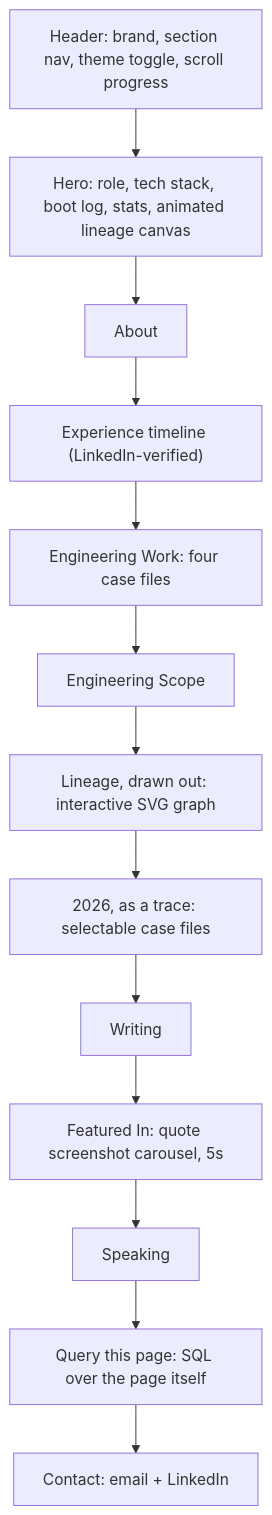
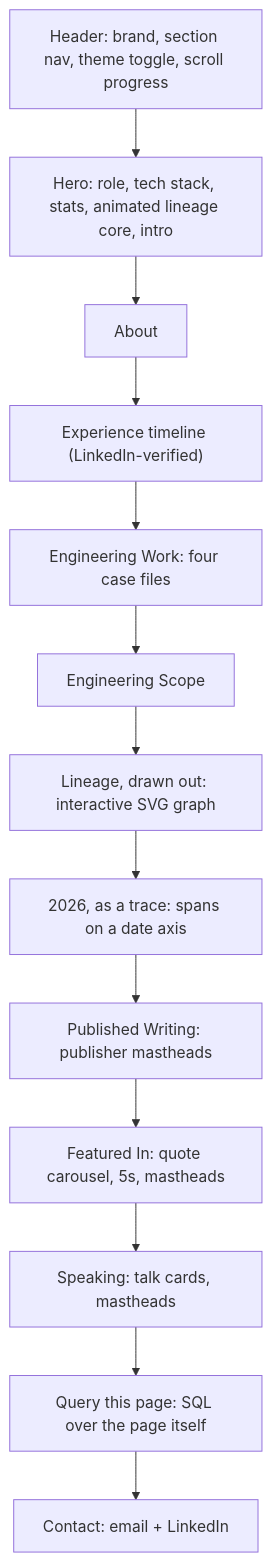
Before and after one commit to vishuvardhan16/stackhidden.com: the second of 3 diagrams in README.md, drawn with Mermaid. The commit also changed other lines of this file and 3 other files, not shown here.

````diff
--- a/README.md
+++ b/README.md
@@ -77,16 +81,16 @@
 ```mermaid
 flowchart TD
     H["Header: brand, section nav, theme toggle, scroll progress"]
-    H --> Hero["Hero: role, tech stack, boot log, stats, animated lineage canvas"]
+    H --> Hero["Hero: role, tech stack, stats, animated lineage core, intro"]
     Hero --> About
     About --> Experience["Experience timeline (LinkedIn-verified)"]
     Experience --> Work["Engineering Work: four case files"]
     Work --> Scope["Engineering Scope"]
     Scope --> Lineage["Lineage, drawn out: interactive SVG graph"]
-    Lineage --> Trace["2026, as a trace: selectable case files"]
-    Trace --> Writing
-    Writing --> Featured["Featured In: quote screenshot carousel, 5s"]
-    Featured --> Speaking
+    Lineage --> Trace["2026, as a trace: spans on a date axis"]
+    Trace --> Writing["Published Writing: publisher mastheads"]
+    Writing --> Featured["Featured In: quote carousel, 5s, mastheads"]
+    Featured --> Speaking["Speaking: talk cards, mastheads"]
     Speaking --> Query["Query this page: SQL over the page itself"]
     Query --> Contact["Contact: email + LinkedIn"]
 ```
````
